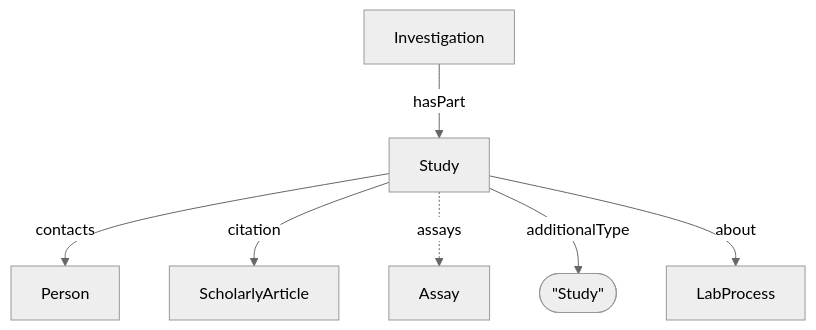
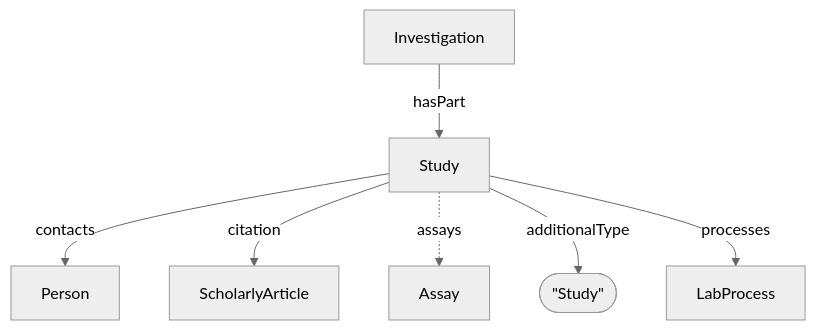
Before and after one commit to HLWeil/ProcessCore: the diagram in spec/decorations/isa/Study.md, drawn with Mermaid (neutral theme). The commit also changed 9 other files, not shown here.

````diff
--- a/spec/decorations/isa/Study.md
+++ b/spec/decorations/isa/Study.md
@@ -20,12 +20,12 @@
 ```mermaid
 flowchart TD
 
     at@{ shape: stadium, label: "\"Study\"" }
 
     Study --contacts--> Person
     Study --citation--> ScholarlyArticle
     Investigation --hasPart--> Study
     Study -.assays.-> Assay
     Study --additionalType--> at
-    Study --about--> LabProcess
+    Study --processes--> LabProcess
 ```
````
